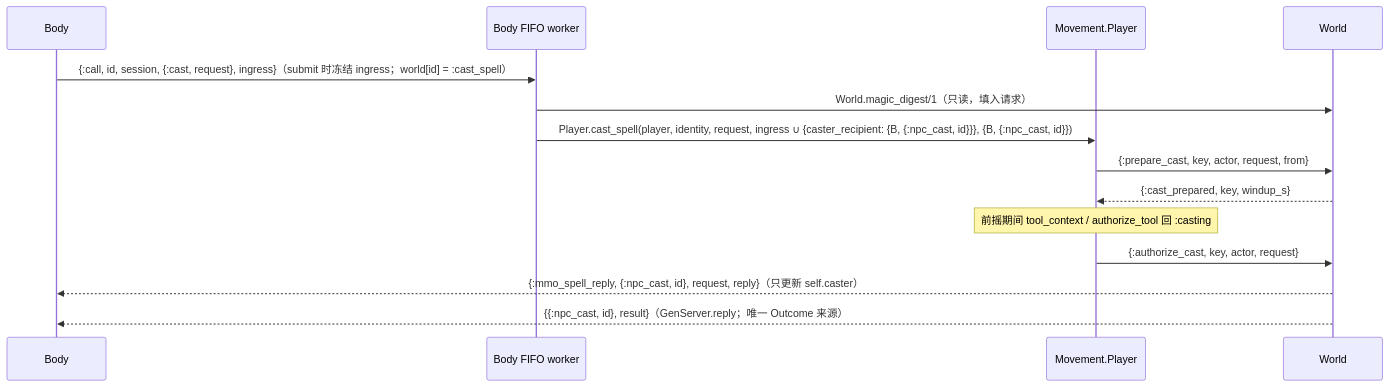
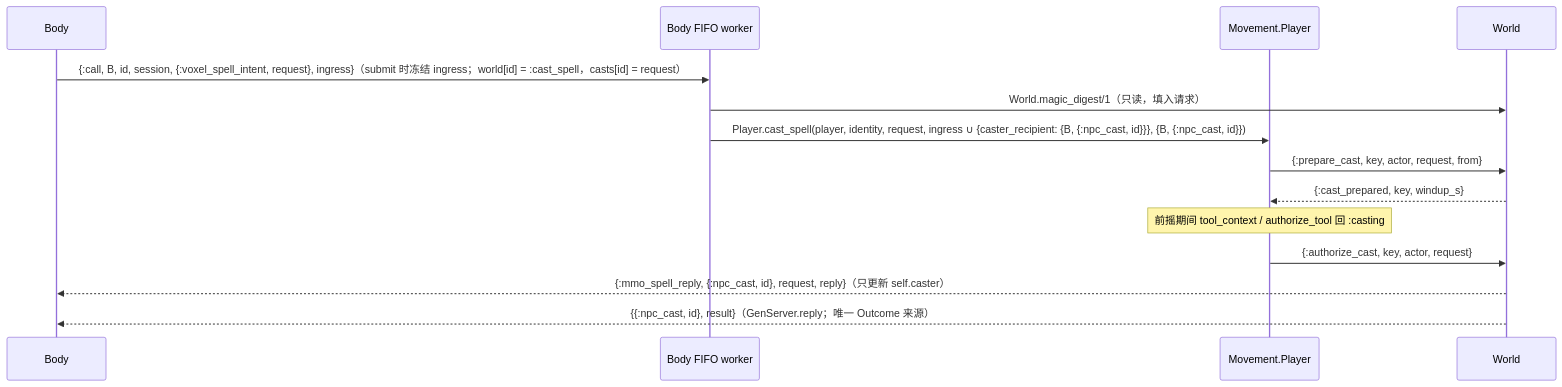
Before and after one commit to dyzdyz010/ex_mmo_cluster: the second of 2 diagrams in docs/10-active/cross-cutting/2026-10-07-character-capability-library.md, drawn with Mermaid. The commit also changed other lines of this file and 18 other files, not shown here.

First line of the commit message:
feat(npc): NPC spell casting through the player's cast entry (capability library I4)

````diff
--- a/docs/10-active/cross-cutting/2026-10-07-character-capability-library.md
+++ b/docs/10-active/cross-cutting/2026-10-07-character-capability-library.md
@@ -354,16 +354,16 @@
 ```mermaid
 sequenceDiagram
   participant B as Body
   participant K as Body FIFO worker
   participant P as Movement.Player
   participant W as World
-  B->>K: {:call, id, session, {:cast, request}, ingress}（submit 时冻结 ingress；world[id] = :cast_spell）
+  B->>K: {:call, B, id, session, {:voxel_spell_intent, request}, ingress}（submit 时冻结 ingress；world[id] = :cast_spell，casts[id] = request）
   K->>W: World.magic_digest/1（只读，填入请求）
   K->>P: Player.cast_spell(player, identity, request, ingress ∪ {caster_recipient: {B, {:npc_cast, id}}}, {B, {:npc_cast, id}})
   P->>W: {:prepare_cast, key, actor, request, from}
   W-->>P: {:cast_prepared, key, windup_s}
   Note over P: 前摇期间 tool_context / authorize_tool 回 :casting
   P->>W: {:authorize_cast, key, actor, request}
   W-->>B: {:mmo_spell_reply, {:npc_cast, id}, request, reply}（只更新 self.caster）
   W-->>B: {{:npc_cast, id}, result}（GenServer.reply；唯一 Outcome 来源）
 ```
````
